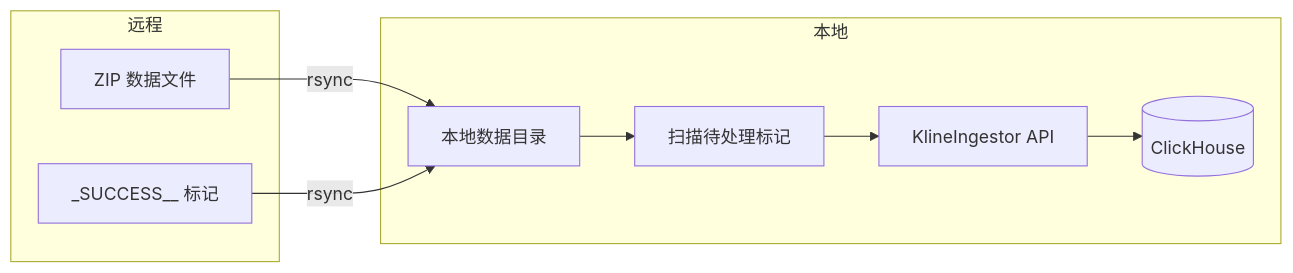
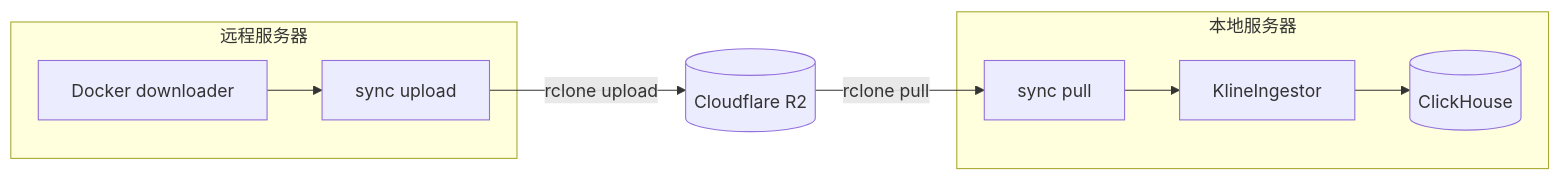
One commit to zer0coldai/zer0data changed the diagram in sync/README.md. Above: the diagram before and after it, drawn with Mermaid. The commit also changed other lines of this file and 7 other files, not shown here.

First line of the commit message:
feat(sync): migrate transfer backend from rsync to Cloudflare R2

````diff
--- a/sync/README.md
+++ b/sync/README.md
@@ -7,18 +7,20 @@
 ```mermaid
 flowchart LR
-  subgraph remote ["远程"]
-    zip["ZIP 数据文件"]
-    marker["_SUCCESS__ 标记"]
+  subgraph remote ["远程服务器"]
+    dl["Docker downloader"]
+    up["sync upload"]
+    dl --> up
   end
 
-  subgraph local ["本地"]
-    localData["本地数据目录"]
-    scan["扫描待处理标记"]
-    ingest["KlineIngestor API"]
+  r2[("Cloudflare R2")]
+
+  subgraph local ["本地服务器"]
+    pull["sync pull"]
+    ingestStep["KlineIngestor"]
     ch[("ClickHouse")]
-    localData --> scan --> ingest --> ch
+    pull --> ingestStep --> ch
   end
 
-  zip -->|rsync| localData
-  marker -->|rsync| localData
+  up -->|"rclone upload"| r2
+  r2 -->|"rclone pull"| pull
 ```
````
